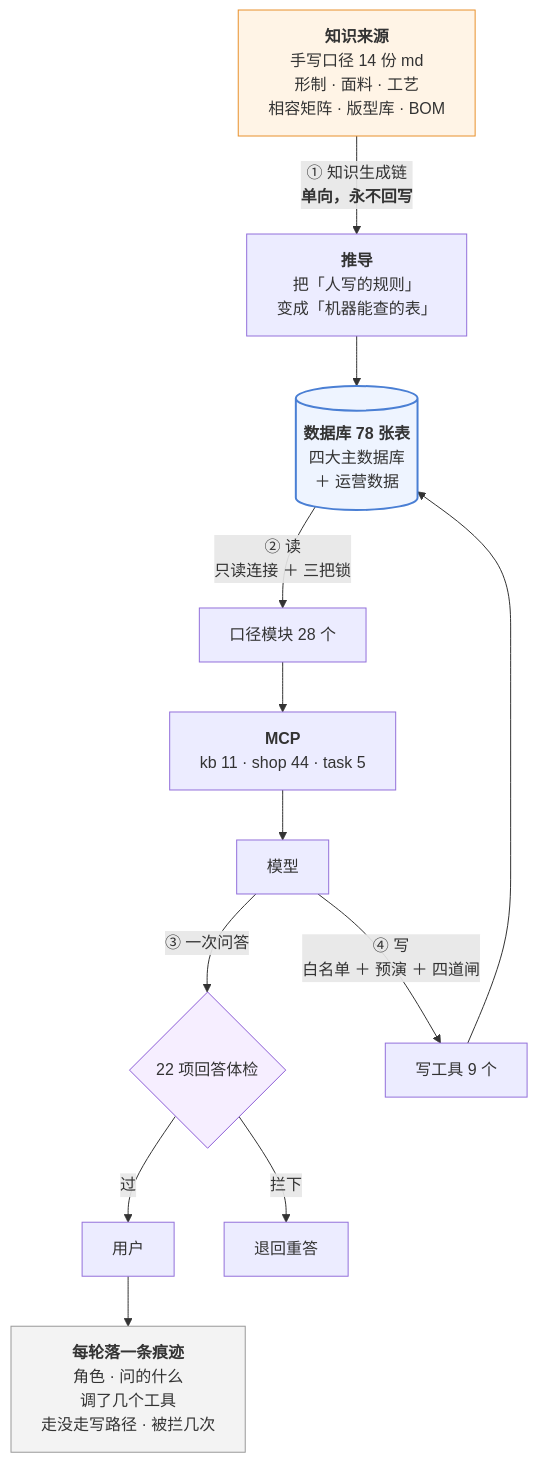
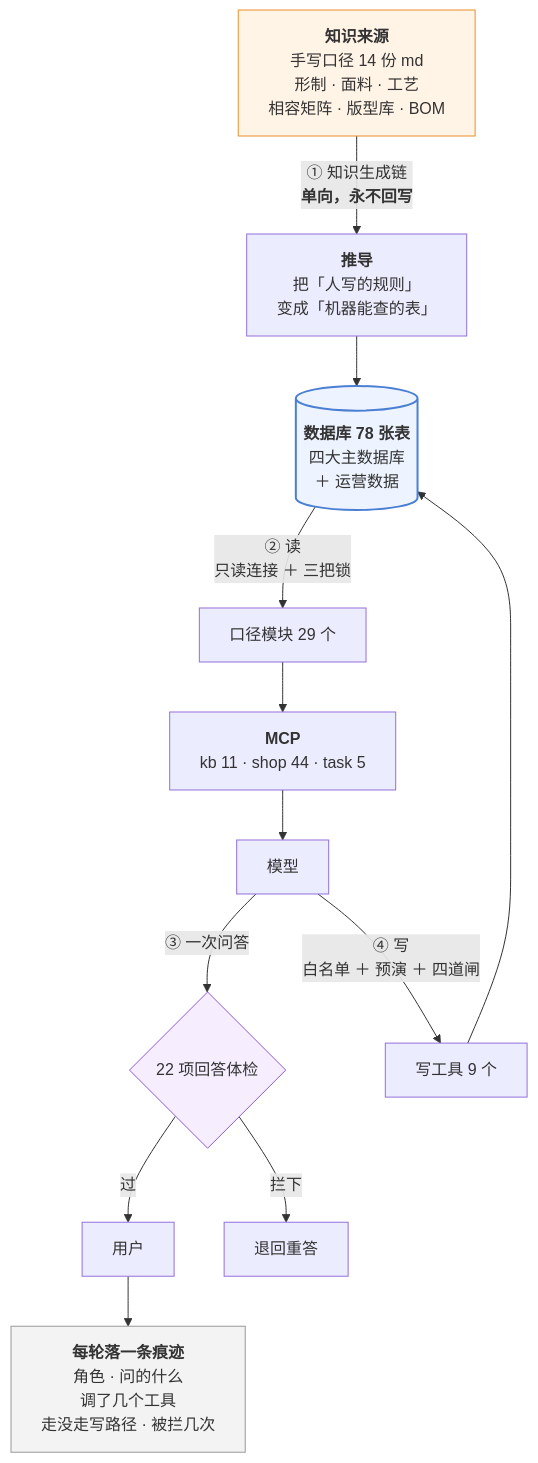
One commit to 843773296-rgb/lanxiu-yunshang-agent changed the third of 3 diagrams in 澜绣云裳agent-产品说明.md. Above: the diagram before and after it, drawn with Mermaid. The commit also changed other lines of this file and 16 other files, not shown here.

````diff
--- a/澜绣云裳agent-产品说明.md
+++ b/澜绣云裳agent-产品说明.md
@@ -802,24 +803,24 @@
 ```mermaid
 flowchart TD
     MD["<b>知识来源</b><br/>手写口径 14 份 md<br/>形制 · 面料 · 工艺<br/>相容矩阵 · 版型库 · BOM"]
     MD -->|"① 知识生成链<br/><b>单向，永不回写</b>"| DV["<b>推导</b><br/>把「人写的规则」<br/>变成「机器能查的表」"]
     DV --> DB[("<b>数据库 78 张表</b><br/>四大主数据库<br/>＋ 运营数据")]
 
-    DB -->|"② 读<br/>只读连接 ＋ 三把锁"| KJ["口径模块 28 个"]
+    DB -->|"② 读<br/>只读连接 ＋ 三把锁"| KJ["口径模块 29 个"]
     KJ --> MCP["<b>MCP</b><br/>kb 11 · shop 44 · task 5"]
     MCP --> LLM["模型"]
 
     LLM -->|"③ 一次问答"| GD{"22 项回答体检"}
     GD -- 过 --> U["用户"]
     GD -- 拦下 --> RE["退回重答"]
 
     LLM -->|"④ 写<br/>白名单 ＋ 预演 ＋ 四道闸"| W["写工具 9 个"]
     W --> DB
 
     U --> TR["<b>每轮落一条痕迹</b><br/>角色 · 问的什么<br/>调了几个工具<br/>走没走写路径 · 被拦几次"]
 
     style MD fill:#fff4e6,stroke:#e8912d
     style DB fill:#eef4ff,stroke:#4a7fd4,stroke-width:2px
     style GD fill:#f6eeff,stroke:#8b5cd6
     style TR fill:#f3f3f3,stroke:#999
 ```
````
